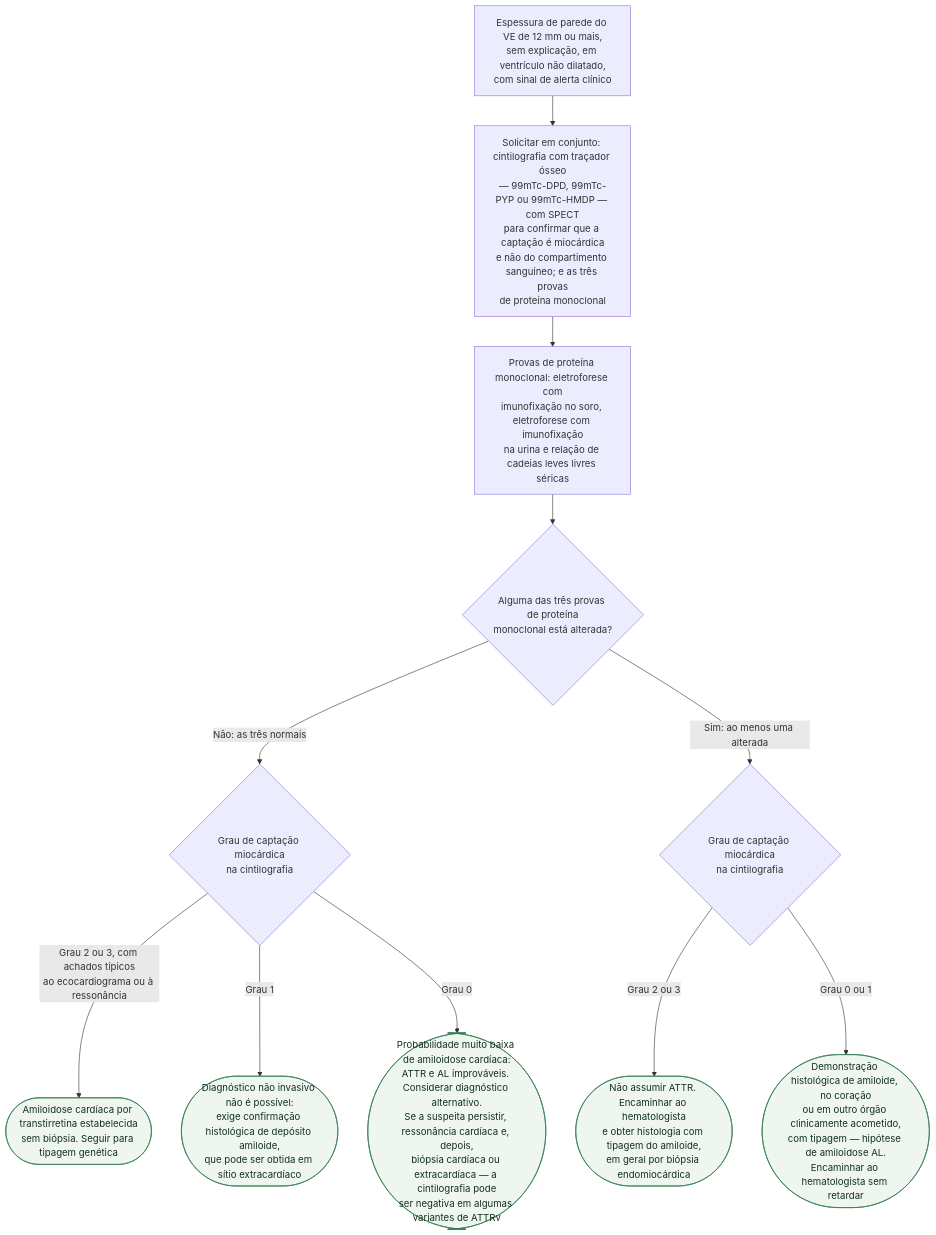
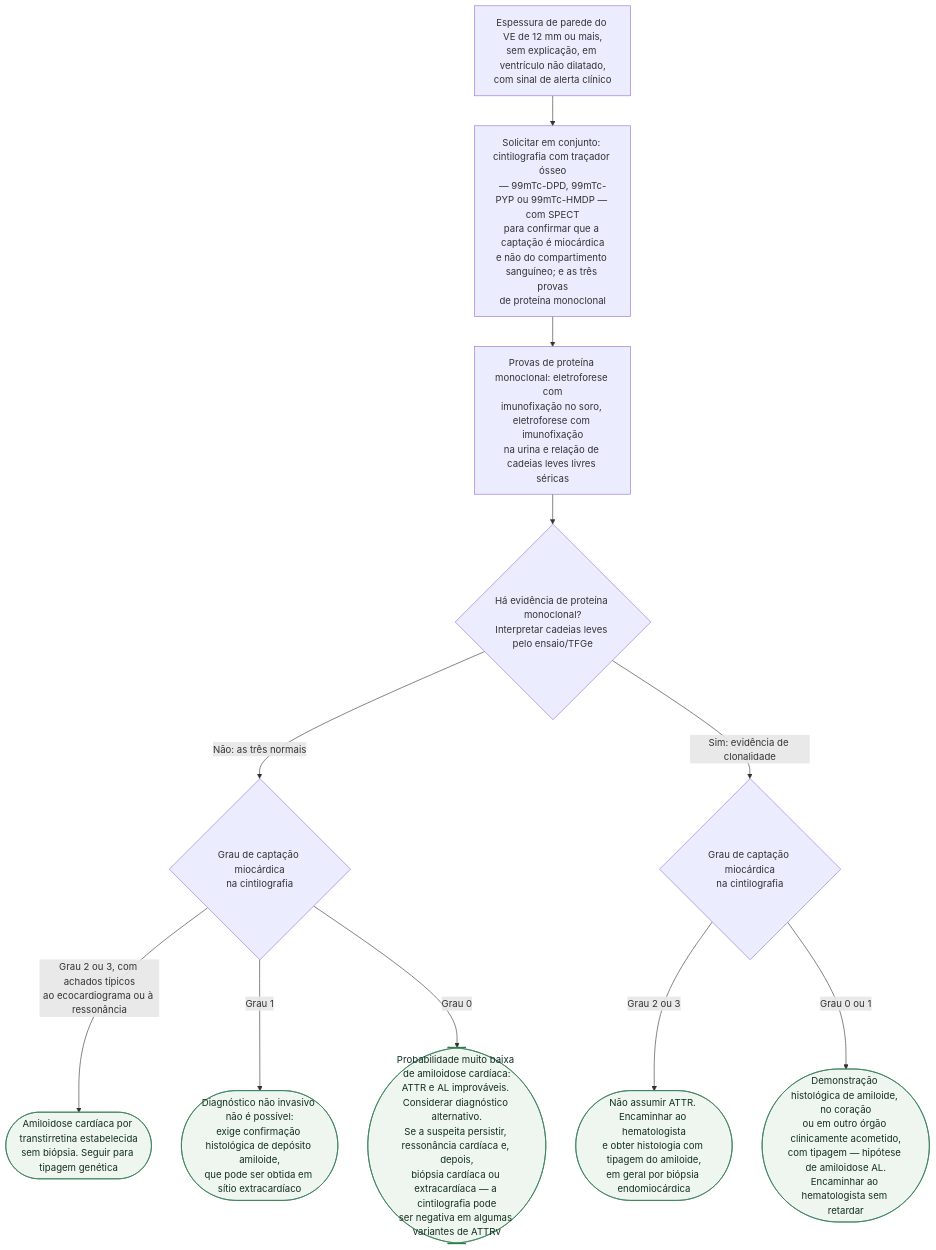
The first of 2 diagrams in content/Cardiomiopatias/fluxograma-amiloidose-cardiaca-diagnostico-nao-invasivo.md (rafaelpaesmeirelles/MeuCardio), drawn with Mermaid before and after one commit. The commit also changed other lines of this file and 704 other files, not shown here.

````diff
--- a/content/Cardiomiopatias/fluxograma-amiloidose-cardiaca-diagnostico-nao-invasivo.md
+++ b/content/Cardiomiopatias/fluxograma-amiloidose-cardiaca-diagnostico-nao-invasivo.md
@@ -44,25 +60,25 @@
 ```mermaid
 flowchart TD
   R0["Espessura de parede do VE de 12 mm ou mais,<br/>sem explicação, em ventrículo não dilatado,<br/>com sinal de alerta clínico"] --> P1["Solicitar em conjunto: cintilografia com traçador ósseo<br/>— 99mTc-DPD, 99mTc-PYP ou 99mTc-HMDP — com SPECT<br/>para confirmar que a captação é miocárdica<br/>e não do compartimento sanguíneo; e as três provas<br/>de proteína monoclonal"]
 
   P1 --> P2["Provas de proteína monoclonal: eletroforese com<br/>imunofixação no soro, eletroforese com imunofixação<br/>na urina e relação de cadeias leves livres séricas"]
 
-  P2 --> D1{"Alguma das três provas de proteína<br/>monoclonal está alterada?"}
+  P2 --> D1{"Há evidência de proteína monoclonal?<br/>Interpretar cadeias leves pelo ensaio/TFGe"}
 
   D1 -->|"Não: as três normais"| D2{"Grau de captação miocárdica<br/>na cintilografia"}
 
   D2 -->|"Grau 2 ou 3, com achados típicos<br/>ao ecocardiograma ou à ressonância"| C1(["Amiloidose cardíaca por transtirretina estabelecida<br/>sem biópsia. Seguir para tipagem genética"])
 
   D2 -->|"Grau 1"| C2(["Diagnóstico não invasivo não é possível:<br/>exige confirmação histológica de depósito amiloide,<br/>que pode ser obtida em sítio extracardíaco"])
 
   D2 -->|"Grau 0"| C3(["Probabilidade muito baixa de amiloidose cardíaca:<br/>ATTR e AL improváveis. Considerar diagnóstico alternativo.<br/>Se a suspeita persistir, ressonância cardíaca e, depois,<br/>biópsia cardíaca ou extracardíaca — a cintilografia pode<br/>ser negativa em algumas variantes de ATTRv"])
 
-  D1 -->|"Sim: ao menos uma alterada"| D3{"Grau de captação miocárdica<br/>na cintilografia"}
+  D1 -->|"Sim: evidência de clonalidade"| D3{"Grau de captação miocárdica<br/>na cintilografia"}
 
   D3 -->|"Grau 2 ou 3"| C4(["Não assumir ATTR. Encaminhar ao hematologista<br/>e obter histologia com tipagem do amiloide,<br/>em geral por biópsia endomiocárdica"])
 
   D3 -->|"Grau 0 ou 1"| C5(["Demonstração histológica de amiloide, no coração<br/>ou em outro órgão clinicamente acometido,<br/>com tipagem — hipótese de amiloidose AL.<br/>Encaminhar ao hematologista sem retardar"])
 
   classDef conduta fill:#eef6ef,stroke:#2f7a4f,color:#12301f;
   class C1,C2,C3,C4,C5 conduta;
 ```
````
